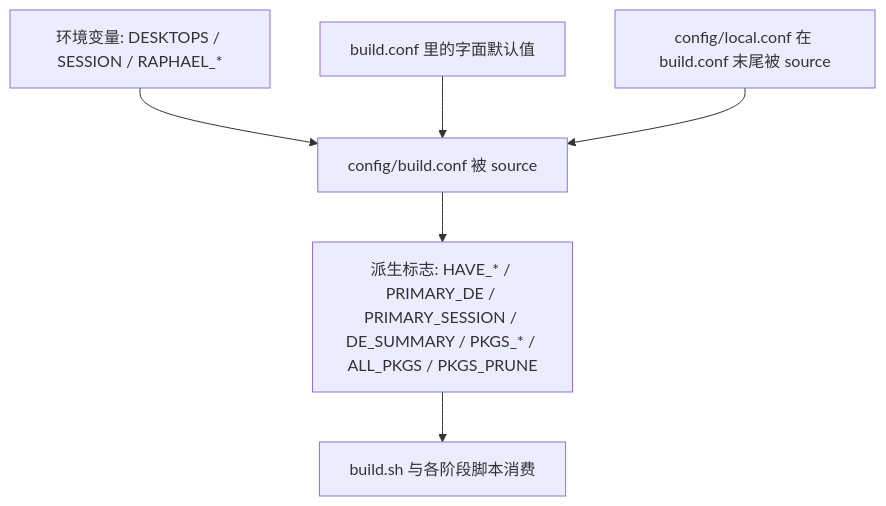
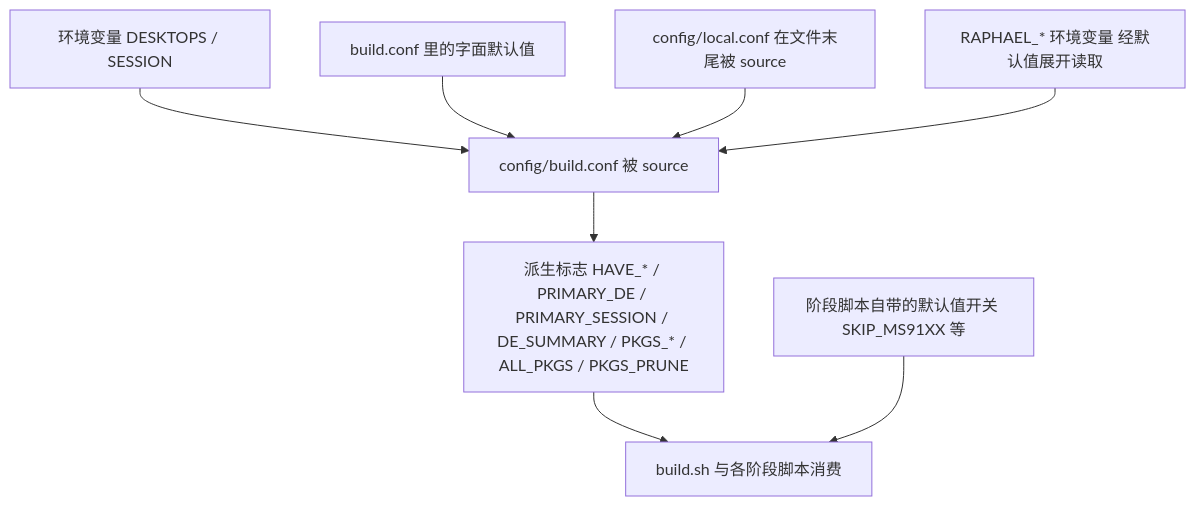
Before and after one commit to Winter21c/archlinux-xiaomi-raphael: the first of 2 diagrams in openwiki/concepts/configuration-model.md, drawn with Mermaid. The commit also changed other lines of this file and 17 other files, not shown here.

````diff
--- a/openwiki/concepts/configuration-model.md
+++ b/openwiki/concepts/configuration-model.md
@@ -31,8 +34,10 @@
 ```mermaid
 flowchart TD
-  A["环境变量: DESKTOPS / SESSION / RAPHAEL_*"] --> B["config/build.conf 被 source"]
+  A["环境变量 DESKTOPS / SESSION"] --> B["config/build.conf 被 source"]
   C["build.conf 里的字面默认值"] --> B
-  D["config/local.conf 在 build.conf 末尾被 source"] --> B
-  B --> E["派生标志: HAVE_* / PRIMARY_DE / PRIMARY_SESSION / DE_SUMMARY / PKGS_* / ALL_PKGS / PKGS_PRUNE"]
-  E --> F["build.sh 与各阶段脚本消费"]
+  D["config/local.conf 在文件末尾被 source"] --> B
+  E["RAPHAEL_* 环境变量 经默认值展开读取"] --> B
+  B --> F["派生标志 HAVE_* / PRIMARY_DE / PRIMARY_SESSION / DE_SUMMARY / PKGS_* / ALL_PKGS / PKGS_PRUNE"]
+  F --> G["build.sh 与各阶段脚本消费"]
+  H["阶段脚本自带的默认值开关 SKIP_MS91XX 等"] --> G
 ```
````
